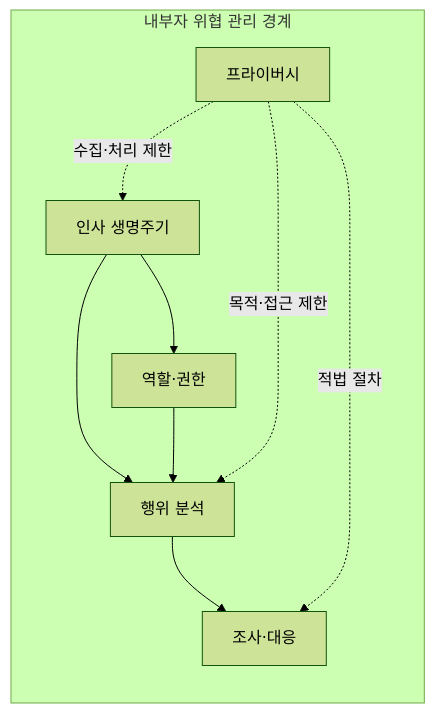
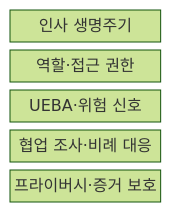
One commit to agnusdei1207/knowledge-base changed the first of 2 diagrams in src/content/docs/notes/05-security/113_insider_threat_management.md. Above: the diagram before and after it, drawn with Mermaid (forest theme). The commit also changed other lines of this file and 5 other files, not shown here.

````diff
--- a/src/content/docs/notes/05-security/113_insider_threat_management.md
+++ b/src/content/docs/notes/05-security/113_insider_threat_management.md
@@ -52,12 +51,9 @@
 ```mermaid
-flowchart LR
-  subgraph ITM["내부자 위협 관리 경계"]
-    H["인사 생명주기"] --> R["역할·권한"]
-    H --> B["행위 분석"]
-    R --> B
-    B --> I["조사·대응"]
-    P["프라이버시"] -. "수집·처리 제한" .-> H
-    P -. "목적·접근 제한" .-> B
-    P -. "적법 절차" .-> I
-  end
+block-beta
+  columns 1
+  H["인사 생명주기"]
+  R["역할·접근 권한"]
+  B["UEBA·위험 신호"]
+  I["협업 조사·비례 대응"]
+  P["프라이버시·증거 보호"]
 ```
````
